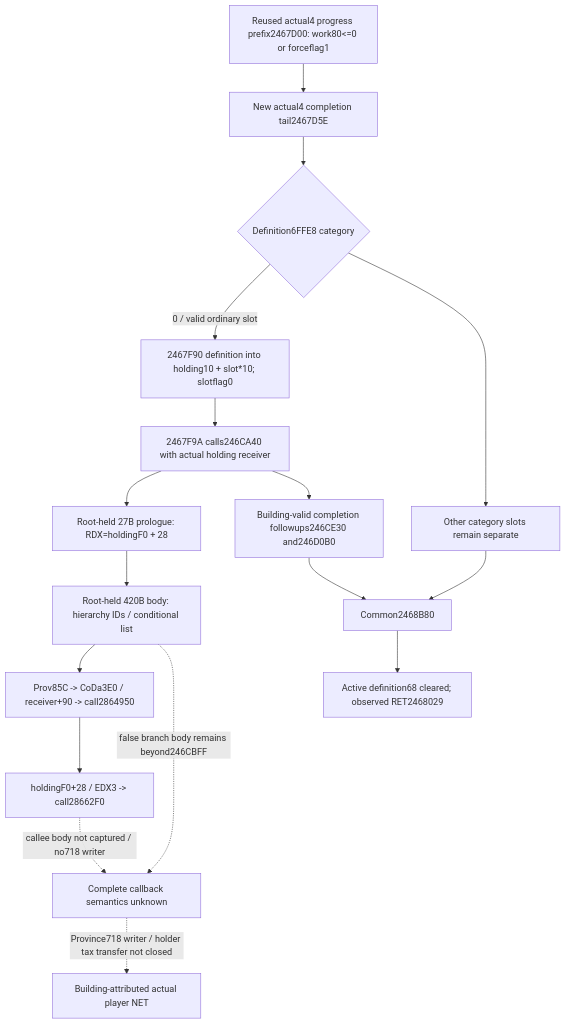
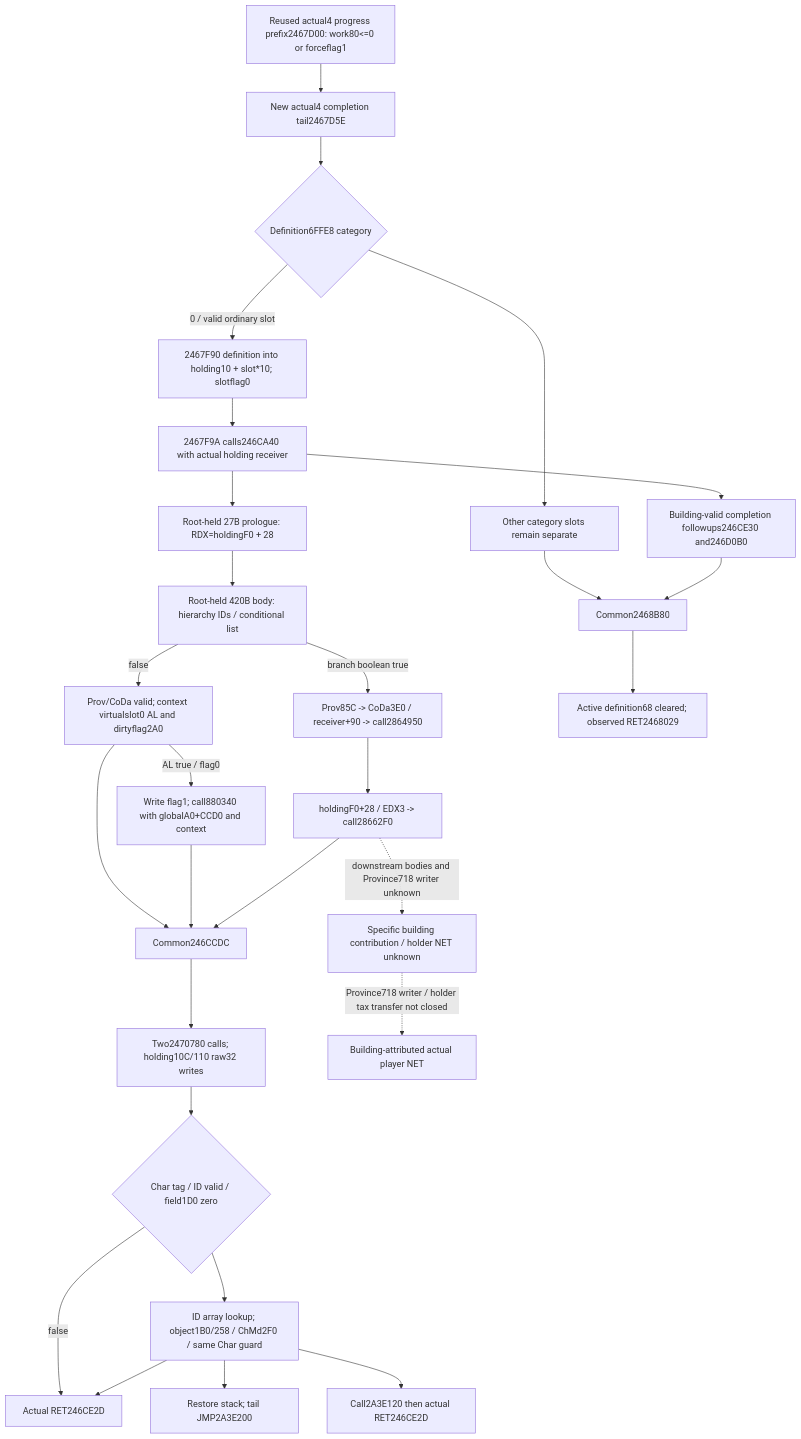
One commit to XenoAmess/ck3_eternal_recurrence changed the second of 2 diagrams in docs/ck3-native-ai/construction-economic-consumers-12004.md. Above: the diagram before and after it, drawn with Mermaid. The commit also changed other lines of this file, not shown here.

Commit message:
Record exact construction callback exits and deferred update source

````diff
--- a/docs/ck3-native-ai/construction-economic-consumers-12004.md
+++ b/docs/ck3-native-ai/construction-economic-consumers-12004.md
@@ -218,19 +218,30 @@
 ```mermaid
 flowchart TD
   P[Reused actual4 progress prefix2467D00: work80<=0 or forceflag1] --> T[New actual4 completion tail2467D5E]
   T --> K{Definition6FFE8 category}
   K -->|0 / valid ordinary slot| S[2467F90 definition into holding10 + slot*10; slotflag0]
   K --> O[Other category slots remain separate]
   S --> R[2467F9A calls246CA40 with actual holding receiver]
   R --> H[Root-held 27B prologue: RDX=holdingF0 + 28]
   H --> B[Root-held 420B body: hierarchy IDs / conditional list]
-  B --> Q[Prov85C -> CoDa3E0 / receiver+90 -> call2864950]
+  B -->|branch boolean true| Q[Prov85C -> CoDa3E0 / receiver+90 -> call2864950]
   Q --> D[holdingF0+28 / EDX3 -> call28662F0]
-  B -. false branch body remains beyond246CBFF .-> V[Complete callback semantics unknown]
-  D -. callee body not captured / no718 writer .-> V
+  B -->|false| Z[Prov/CoDa valid; context virtualslot0 AL and dirtyflag2A0]
+  Z -->|AL true / flag0| L[Write flag1; call880340 with globalA0+CCD0 and context]
+  Z --> U[Common246CCDC]
+  L --> U
+  D --> U
+  U --> N[Two2470780 calls; holding10C/110 raw32 writes]
+  N --> A{Char tag / ID valid / field1D0 zero}
+  A -->|false| E[Actual RET246CE2D]
+  A --> G[ID array lookup; object1B0/258 / ChMd2F0 / same Char guard]
+  G --> E
+  G --> J[Restore stack; tail JMP2A3E200]
+  G --> Y[Call2A3E120 then actual RET246CE2D]
+  D -. downstream bodies and Province718 writer unknown .-> V[Specific building contribution / holder NET unknown]
   R --> F[Building-valid completion followups246CE30 and246D0B0]
   O --> C[Common2468B80]
   F --> C
   C --> X[Active definition68 cleared; observed RET2468029]
   V -. Province718 writer / holder tax transfer not closed .-> I[Building-attributed actual player NET]
 ```
````
